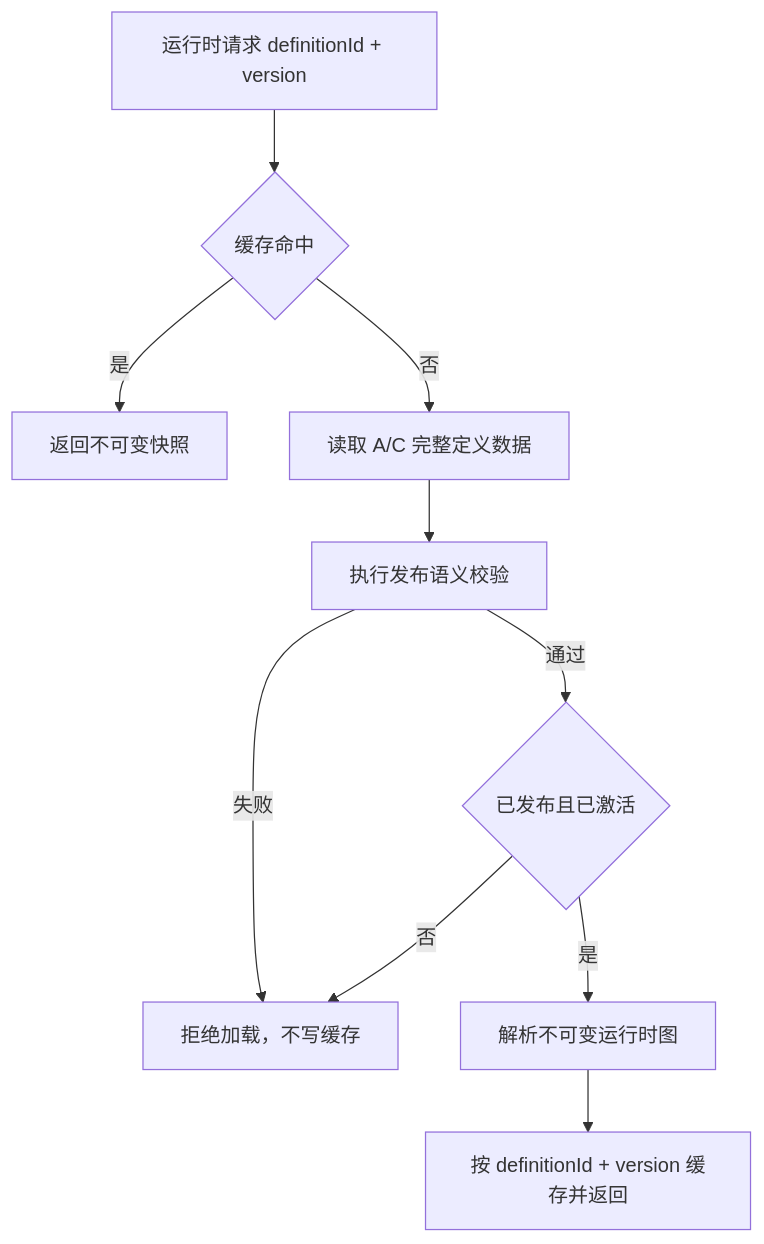
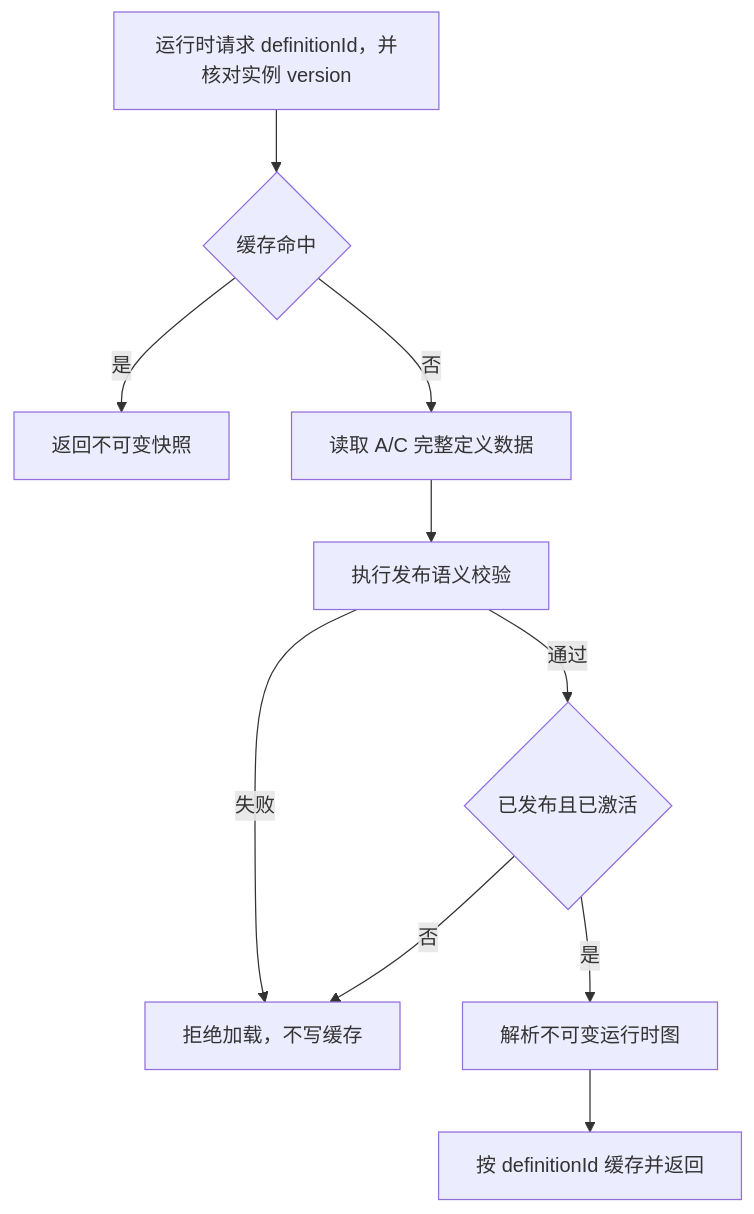
The fourth of 8 diagrams in doc/实习生B/流程平台技术文档_实习生B.md (ZQ7777777/flow-mind), drawn with Mermaid before and after one commit. The commit also changed other lines of this file and 4 other files, not shown here.

````diff
--- a/doc/实习生B/流程平台技术文档_实习生B.md
+++ b/doc/实习生B/流程平台技术文档_实习生B.md
@@ -247,12 +247,12 @@
 ```mermaid
 flowchart TD
-    R["运行时请求 definitionId + version"] --> C{"缓存命中"}
+    R["运行时请求 definitionId，并核对实例 version"] --> C{"缓存命中"}
     C -->|是| S["返回不可变快照"]
     C -->|否| L["读取 A/C 完整定义数据"]
     L --> V["执行发布语义校验"]
     V -->|失败| E["拒绝加载，不写缓存"]
     V -->|通过| A{"已发布且已激活"}
     A -->|否| E
     A -->|是| G["解析不可变运行时图"]
-    G --> P["按 definitionId + version 缓存并返回"]
+    G --> P["按 definitionId 缓存并返回"]
 ```
````
